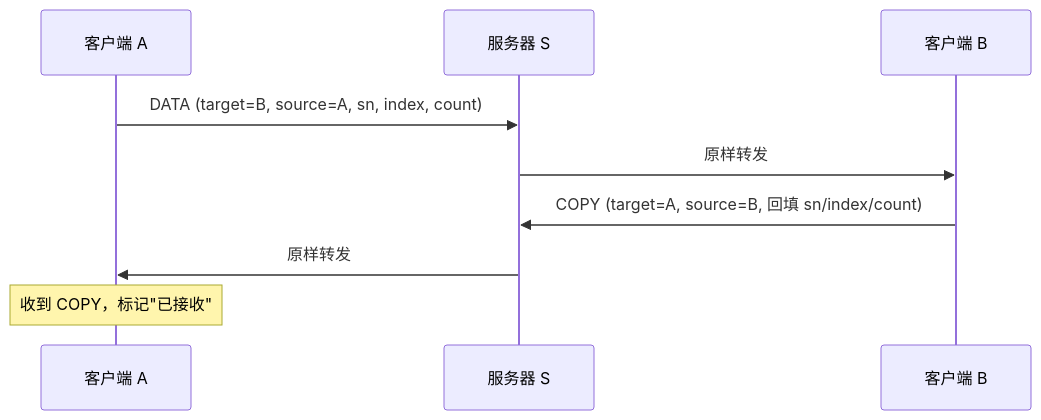
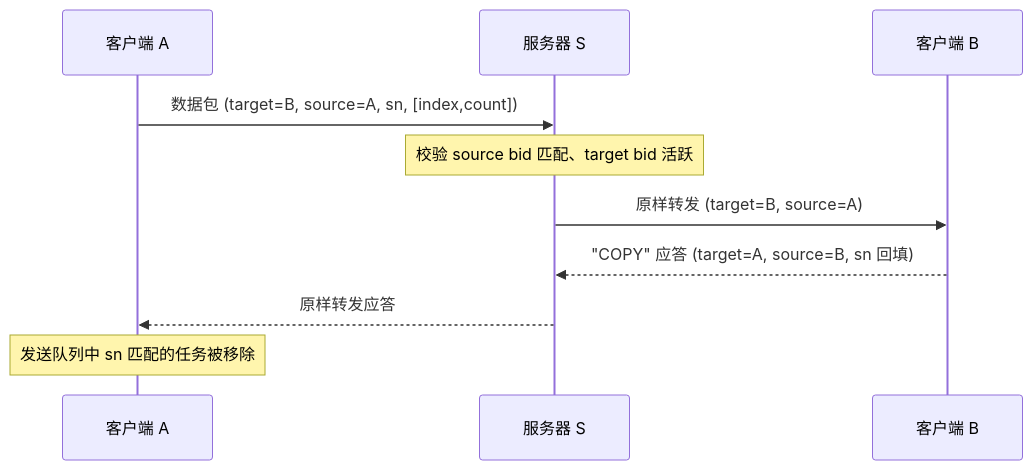
One commit to moky/magpie changed the fourth of 5 diagrams in docs/workflow.md. Above: the diagram before and after it, drawn with Mermaid. The commit also changed other lines of this file and 11 other files, not shown here.

````diff
--- a/docs/workflow.md
+++ b/docs/workflow.md
@@ -154,12 +140,13 @@
 ```mermaid
 sequenceDiagram
     participant A as 客户端 A
     participant S as 服务器 S
     participant B as 客户端 B
 
-    A->>S: DATA (target=B, source=A, sn, index, count)
-    S->>B: 原样转发
-    B->>S: COPY (target=A, source=B, 回填 sn/index/count)
-    S->>A: 原样转发
-    Note over A: 收到 COPY，标记"已接收"
+    A->>S: 数据包 (target=B, source=A, sn, [index,count])
+    Note over S: 校验 source bid 匹配、target bid 活跃
+    S->>B: 原样转发 (target=B, source=A)
+    B-->>S: "COPY" 应答 (target=A, source=B, sn 回填)
+    S-->>A: 原样转发应答
+    Note over A: 发送队列中 sn 匹配的任务被移除
 ```
````
